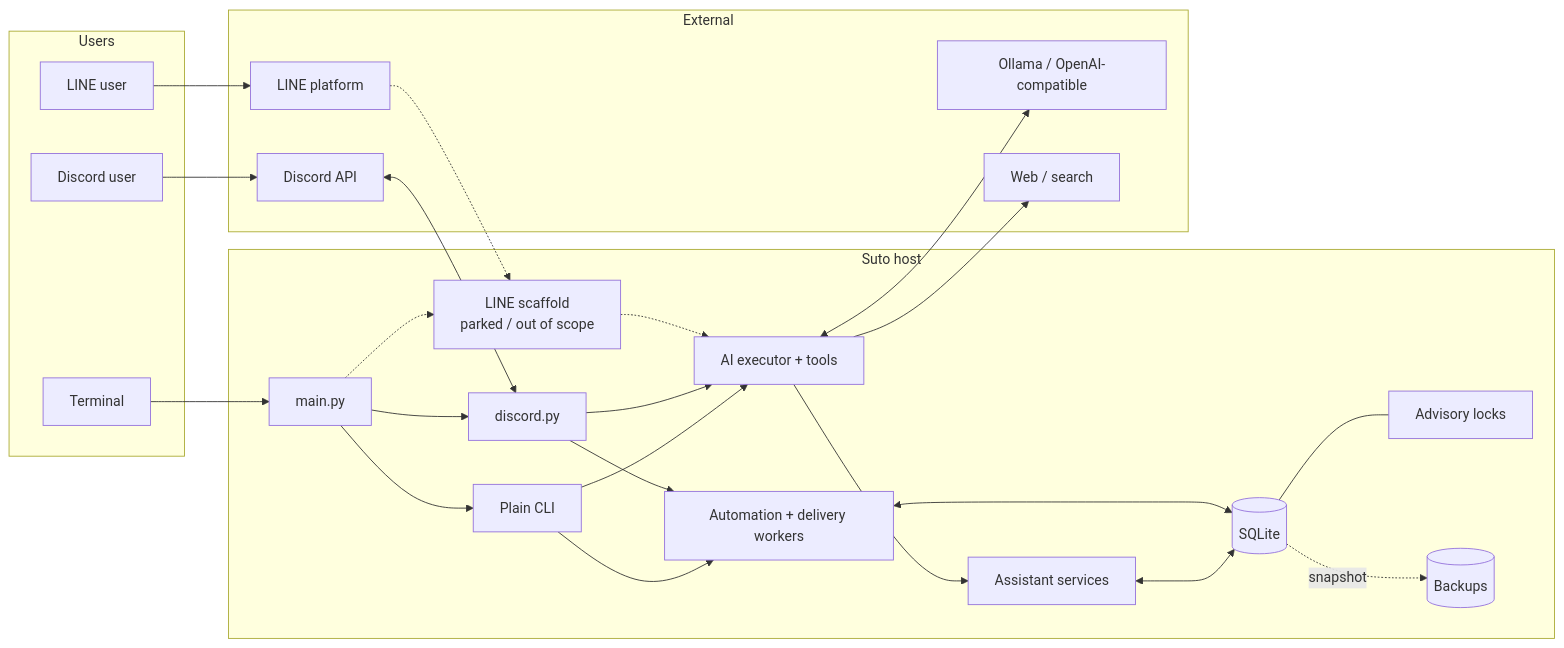
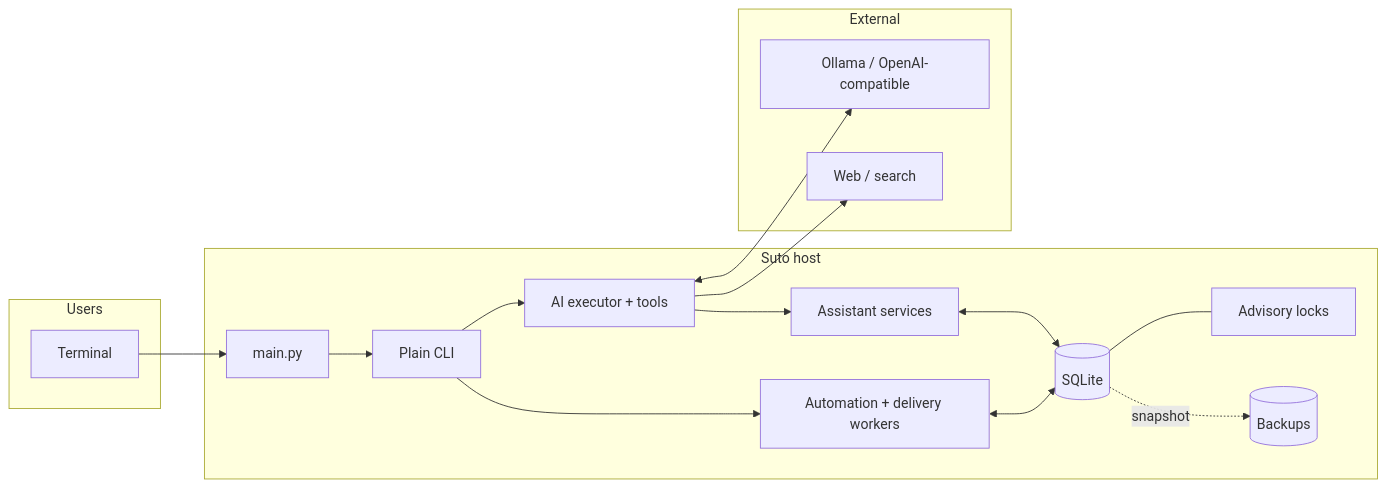
Before and after one commit to shoyaa0815/suto: the diagram in AGENTS.md, drawn with Mermaid. The commit also changed other lines of this file and 1 other file, not shown here.

Commit message:
remove stale discord and line references

````diff
--- a/AGENTS.md
+++ b/AGENTS.md
@@ -41,39 +41,28 @@
 ```mermaid
 flowchart LR
     subgraph Users
         T[Terminal]
-        DUser[Discord user]
-        LUser[LINE user]
     end
     subgraph Host[Suto host]
         Main[main.py]
         CLI[Plain CLI]
-        Discord[discord.py]
-        Line[LINE scaffold<br/>parked / out of scope]
         AI[AI executor + tools]
         Service[Assistant services]
         Worker[Automation + delivery workers]
         DB[(SQLite)]
         Lock[Advisory locks]
         Backup[(Backups)]
     end
     subgraph External
-        DG[Discord API]
-        LP[LINE platform]
         Provider[Ollama / OpenAI-compatible]
         Web[Web / search]
     end
     T --> Main --> CLI --> AI
-    DUser --> DG <--> Discord --> AI
-    LUser --> LP -.-> Line -.-> AI
-    Main --> Discord
-    Main -.-> Line
     AI <--> Provider
     AI --> Web
     AI --> Service <--> DB
     CLI --> Worker
-    Discord --> Worker
     Worker <--> DB
     DB --- Lock
     DB -. snapshot .-> Backup
 ```
````
